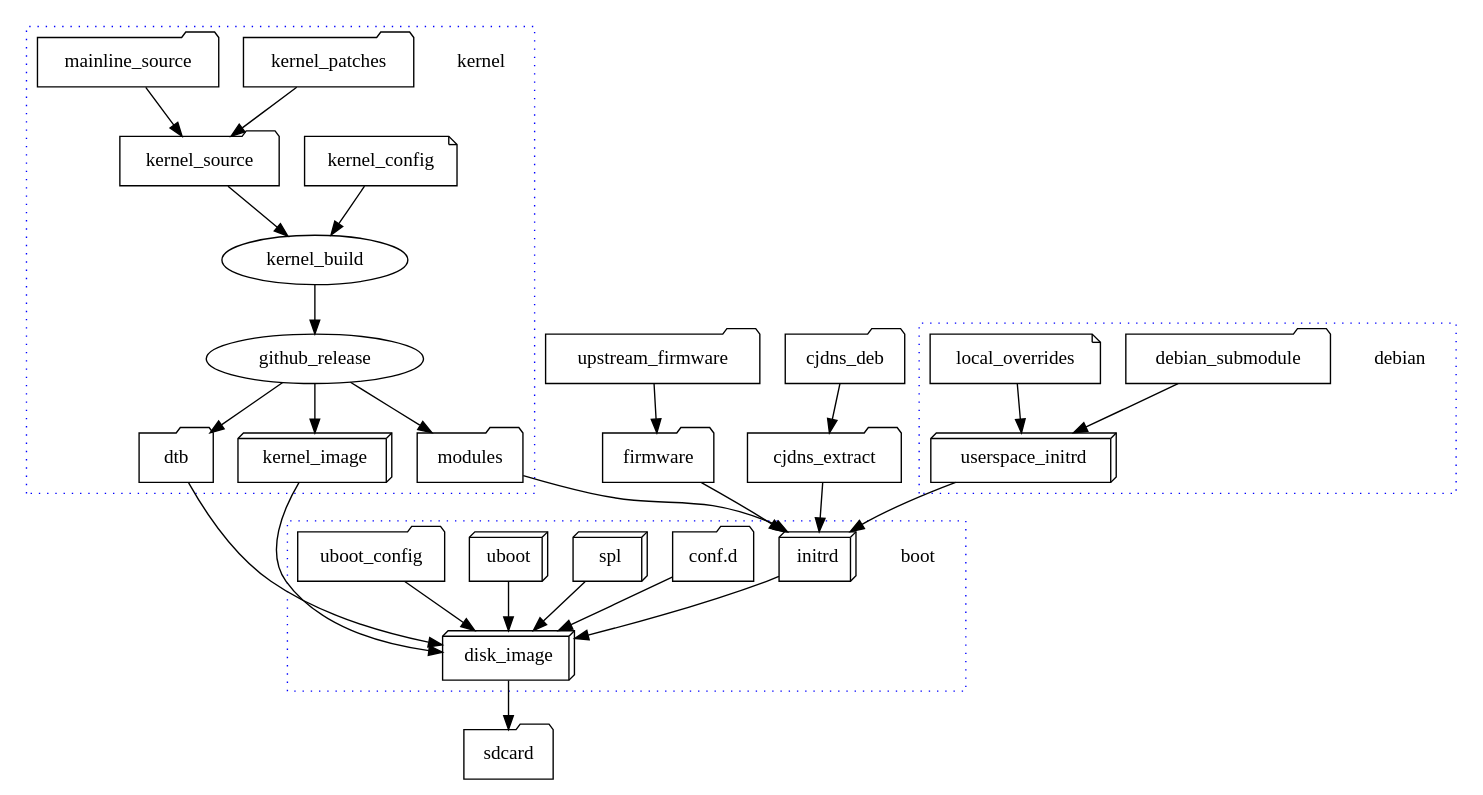
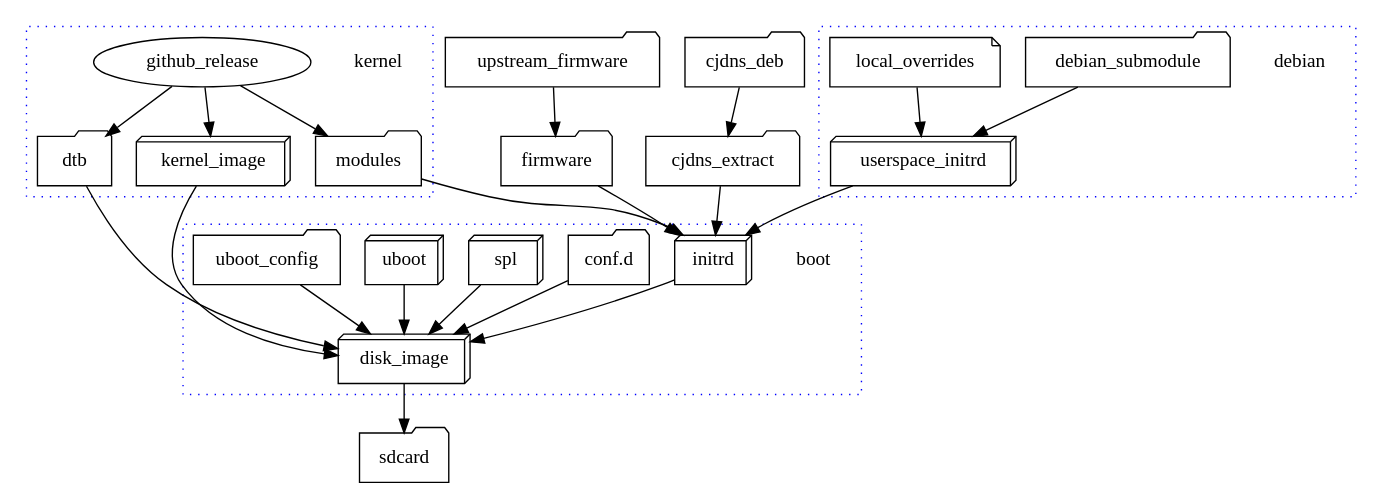
Before and after one commit to tomeshnet/mesh-orange: the diagram in docs/build.dot, drawn with Graphviz. The commit also changed 1 other file, not shown here.

Commit message:
Extract most of the kernel build diagram out into an external diagram - simplifying the build steps

```diff
--- a/docs/build.dot
+++ b/docs/build.dot
@@ -1,81 +1,72 @@
 #
 # Outline how the build process works
 #
 
 digraph g{
 
     subgraph cluster_debian {
         debian [shape=plaintext];
         graph[style=dotted];
         color=blue;
 
         debian_submodule [shape=folder];
         local_overrides [shape=note];
         userspace_initrd [shape=box3d];
 
         debian_submodule -> userspace_initrd;
 
         local_overrides -> userspace_initrd;
 
     }
     
     subgraph cluster_kernel {
         kernel [shape=plaintext];
         graph[style=dotted];
         color=blue;
 
-        kernel_config [shape=note];
-        mainline_source [shape=folder];
-        kernel_patches [shape=folder];
-        kernel_source [shape=folder];
         kernel_image [shape=box3d];
         modules [shape=folder];
         dtb [shape=folder];
 
-        kernel_patches -> kernel_source;
-        mainline_source -> kernel_source;
-        kernel_source -> kernel_build;
-        kernel_config -> kernel_build;
-
-        kernel_build -> github_release -> kernel_image;
+        github_release -> kernel_image;
         github_release -> modules;
         github_release -> dtb;
     }
 
     upstream_firmware [shape=folder];
     firmware [shape=folder];
     upstream_firmware -> firmware;
 
     cjdns_deb [shape=folder];
     cjdns_extract [shape=folder];
     cjdns_deb -> cjdns_extract;
 
     subgraph cluster_boot {
         boot [shape=plaintext];
         graph[style=dotted];
         color=blue;
 
         initrd [shape=box3d];
         conf_d [label="conf.d" shape=folder];
         spl [shape=box3d];
         uboot [shape=box3d];
         uboot_config [shape=folder];
 
         spl -> disk_image;
         uboot -> disk_image;
         uboot_config -> disk_image;
         initrd -> disk_image;
         conf_d -> disk_image;
         dtb -> disk_image;
     }
 
     firmware -> initrd;
     userspace_initrd -> initrd;
     modules -> initrd;
     cjdns_extract -> initrd;
     kernel_image -> disk_image;
 
     disk_image [shape=box3d];
     sdcard [shape=folder];
     disk_image -> sdcard;
 }
```
